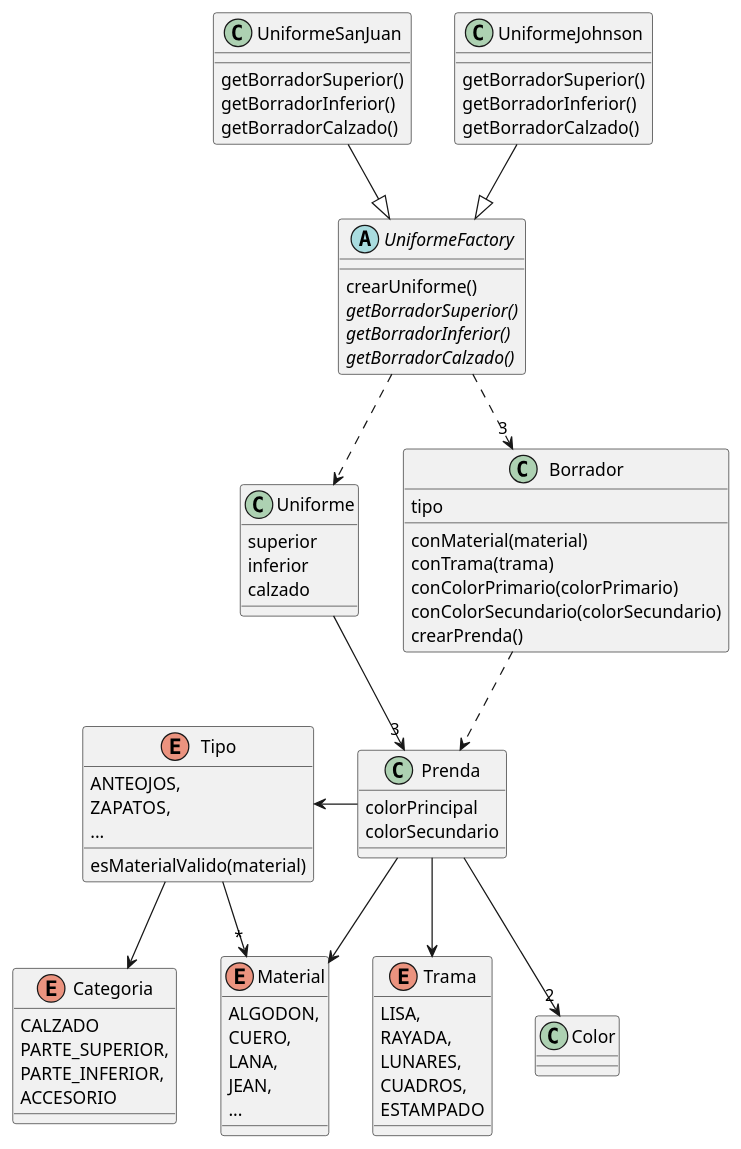
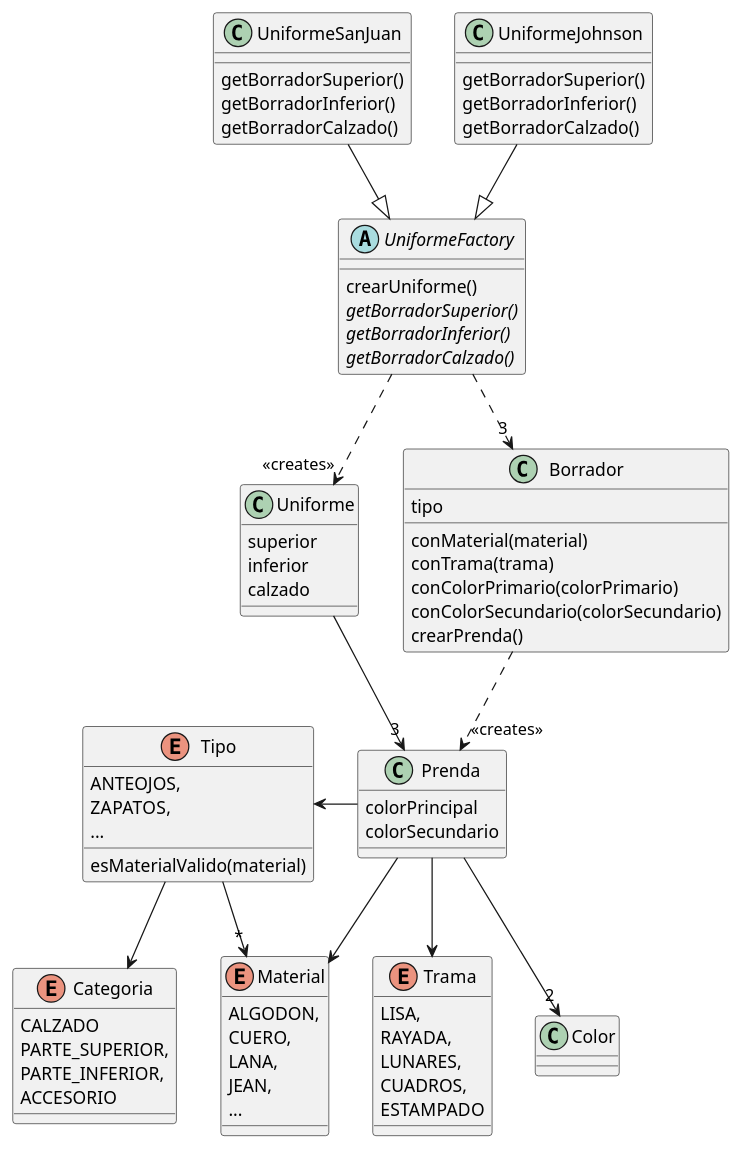
Before and after one commit to RaniAgus/dds-2022: the diagram in docs/diagramas/iteracion-2.puml, drawn with PlantUML.

Commit message:
agrego "creates" al diagrama de clases

```diff
--- a/docs/diagramas/iteracion-2.puml
+++ b/docs/diagramas/iteracion-2.puml
@@ -1,93 +1,93 @@
 @startuml iteracion-2
 
 class UniformeSanJuan {
   getBorradorSuperior()
   getBorradorInferior()
   getBorradorCalzado()
 }
 
 class UniformeJohnson {
   getBorradorSuperior()
   getBorradorInferior()
   getBorradorCalzado()
 }
 
 UniformeSanJuan --|> UniformeFactory
 UniformeJohnson --|> UniformeFactory
 
 abstract UniformeFactory {
   crearUniforme()
   {abstract} getBorradorSuperior()
   {abstract} getBorradorInferior()
   {abstract} getBorradorCalzado()
 }
 
-UniformeFactory ..> Uniforme
+UniformeFactory ..> "<<creates>>" Uniforme
 UniformeFactory ..> "3" Borrador
 
 class Uniforme {
    superior
    inferior
    calzado
 }
 
 Uniforme --> "3" Prenda
 
 class Borrador {
   tipo
   conMaterial(material)
   conTrama(trama)
   conColorPrimario(colorPrimario)
   conColorSecundario(colorSecundario)
   crearPrenda()
 }
 
-Borrador ..> Prenda
+Borrador ..> "<<creates>>" Prenda
 
 class Prenda {
  colorPrincipal
  colorSecundario
 }
 
 Prenda -left-> Tipo
 Prenda --> Material
 Prenda --> Trama
 Prenda --> "2" Color
 
 enum Material {
   ALGODON,
   CUERO,
   LANA,
   JEAN,
   ...
 }
 
 enum Trama {
   LISA,
   RAYADA,
   LUNARES,
   CUADROS,
   ESTAMPADO
 }
 
 class Color {
 }
 
 enum Tipo {
   ANTEOJOS,
   ZAPATOS,
   ...
   esMaterialValido(material)
 }
 
 Tipo --> "*" Material
 Tipo --> Categoria
 
 enum Categoria {
   CALZADO
   PARTE_SUPERIOR,
   PARTE_INFERIOR,
   ACCESORIO
 }
 
 @enduml
```
